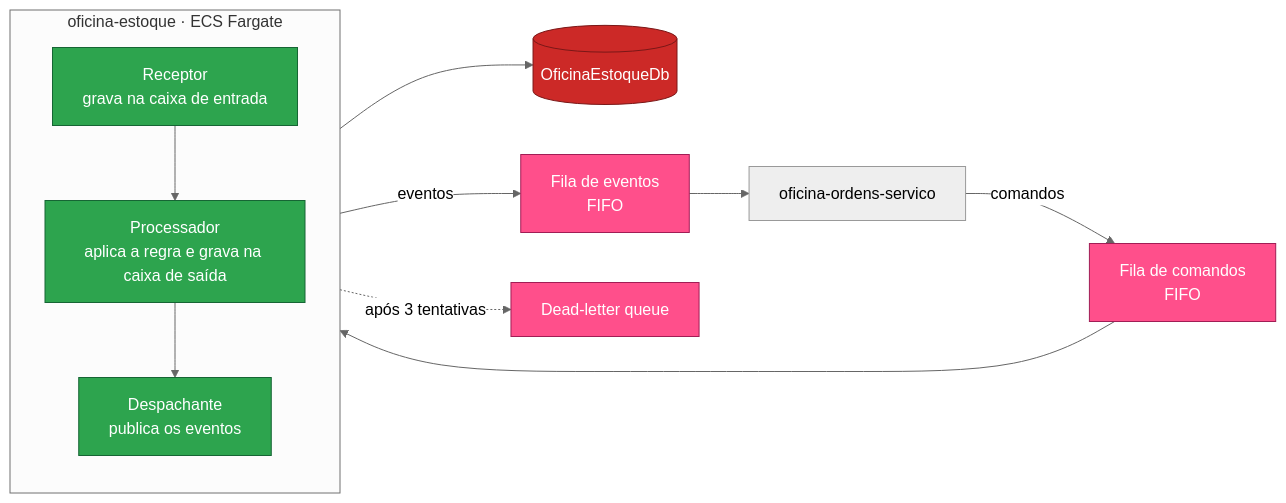
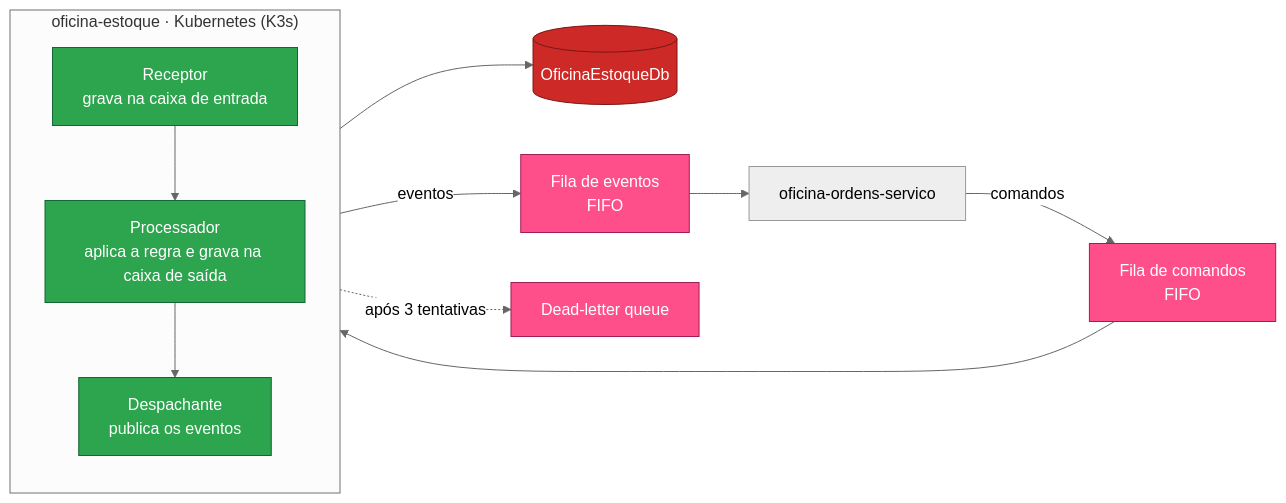
The diagram in README.md (fabianorodrigues/oficina-estoque-fiap-fase4), drawn with Mermaid (neutral theme) before and after one commit. The commit also changed other lines of this file and 19 other files, not shown here.

````diff
--- a/README.md
+++ b/README.md
@@ -72,25 +72,25 @@
 ```mermaid
 flowchart LR
     Ordens["oficina-ordens-servico"] -->|"comandos"| FC["Fila de comandos<br/>FIFO"]
 
-    subgraph Estoque["oficina-estoque · ECS Fargate"]
+    subgraph Estoque["oficina-estoque · Kubernetes (K3s)"]
         direction TB
         R["Receptor<br/>grava na caixa de entrada"]
         P["Processador<br/>aplica a regra e grava na caixa de saída"]
         D["Despachante<br/>publica os eventos"]
         R --> P --> D
     end
 
     FC --> R
     P --> DB[("OficinaEstoqueDb")]
     D -->|"eventos"| FE["Fila de eventos<br/>FIFO"]
     FE --> Ordens
     P -.->|"após 3 tentativas"| DLQ["Dead-letter queue"]
 
     classDef svc fill:#2da44e,stroke:#166534,color:#fff
     classDef data fill:#CC2927,stroke:#7a1717,color:#fff
     classDef queue fill:#FF4F8B,stroke:#a11d55,color:#fff
     class R,P,D svc
     class DB data
     class FC,FE,DLQ queue
 ```
````
